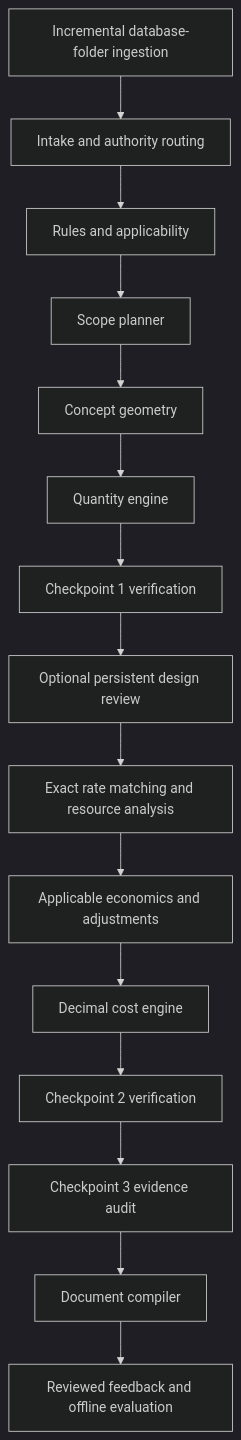
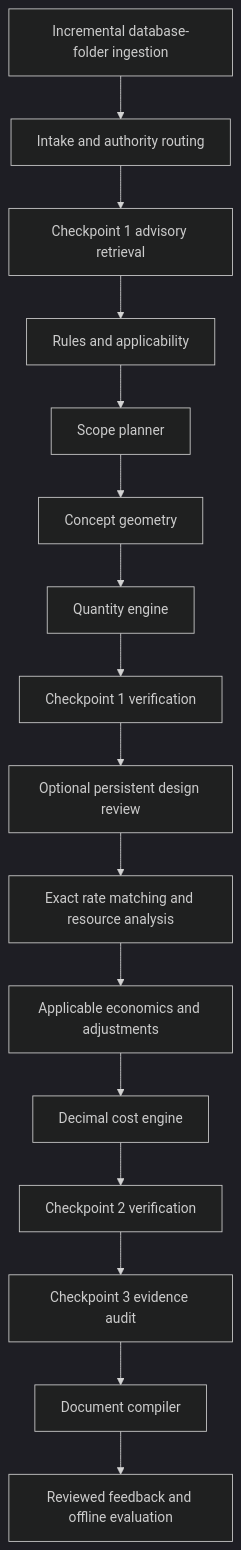
One commit to Krish2005tech/TendorWorks changed the diagram in docs/architecture.md. Above: the diagram before and after it, drawn with Mermaid (dark theme). The commit also changed other lines of this file and 13 other files, not shown here.

````diff
--- a/docs/architecture.md
+++ b/docs/architecture.md
@@ -3,17 +3,18 @@
 ```mermaid
 flowchart TD
   I[Incremental database-folder ingestion] --> A[Intake and authority routing]
-  A --> R[Rules and applicability]
+  A --> G[Checkpoint 1 advisory retrieval]
+  G --> R[Rules and applicability]
   R --> S[Scope planner]
   S --> D[Concept geometry]
   D --> Q[Quantity engine]
   Q --> V1[Checkpoint 1 verification]
   V1 --> H[Optional persistent design review]
   H --> P[Exact rate matching and resource analysis]
   P --> E[Applicable economics and adjustments]
   E --> C[Decimal cost engine]
   C --> V2[Checkpoint 2 verification]
   V2 --> V3[Checkpoint 3 evidence audit]
   V3 --> X[Document compiler]
   X --> F[Reviewed feedback and offline evaluation]
 ```
````
